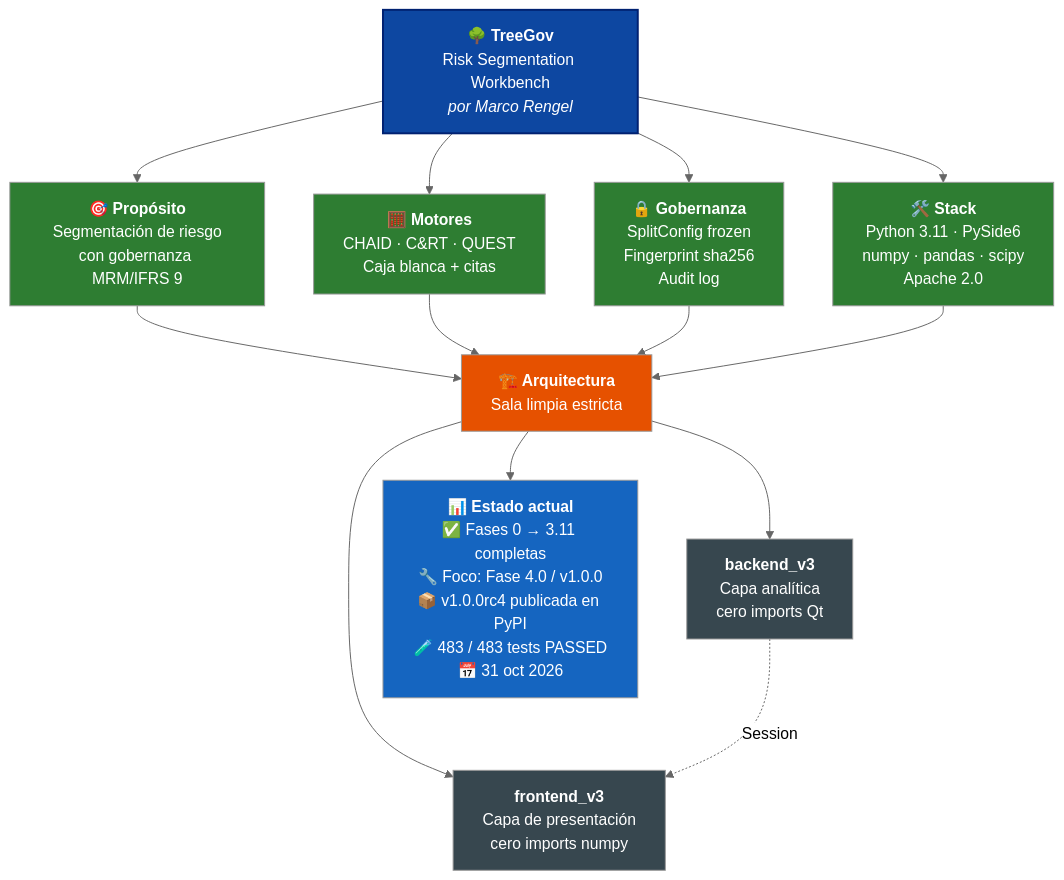
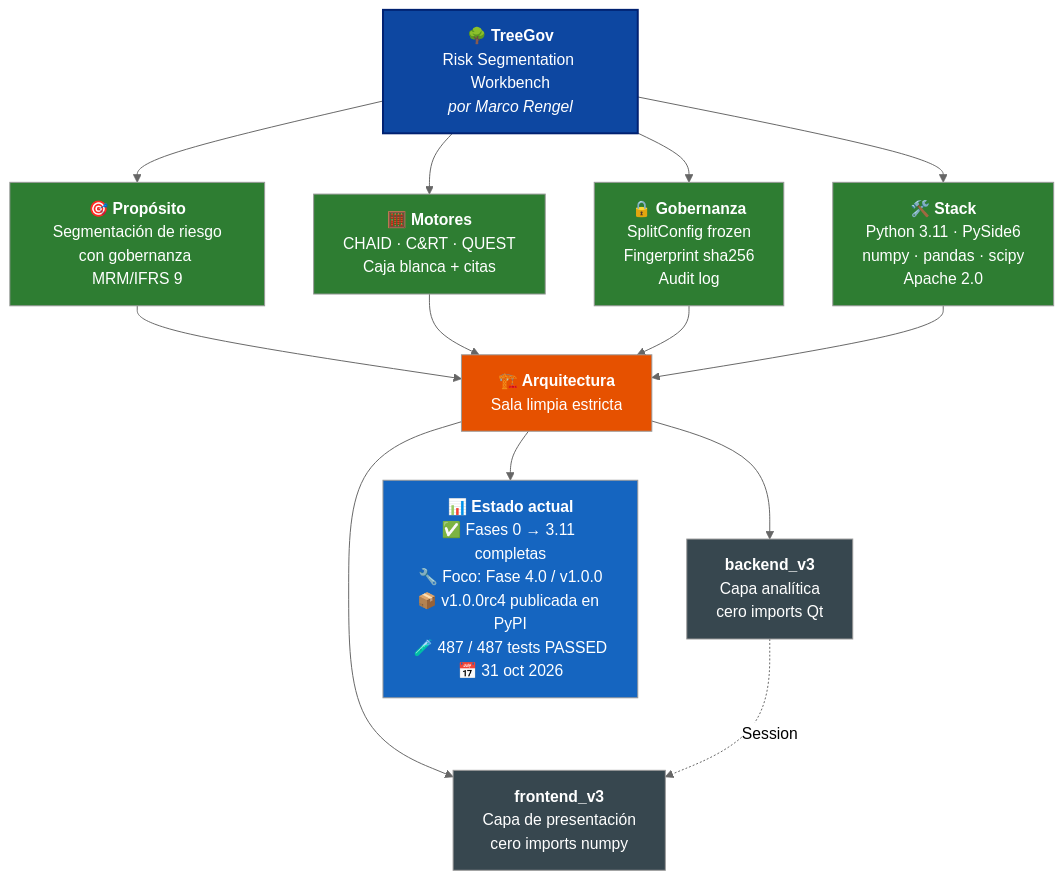
One commit to Marco-Rengel/treegov changed the diagram in README.es.md. Above: the diagram before and after it, drawn with Mermaid (neutral theme). The commit also changed other lines of this file and 2 other files, not shown here.

Commit message:
docs(4.0.a): closure and suite bump to 487/487

````diff
--- a/README.es.md
+++ b/README.es.md
@@ -38,31 +38,31 @@
 ```mermaid
 flowchart TB
     TG["<b>🌳 TreeGov</b><br/>Risk Segmentation Workbench<br/><i>por Marco Rengel</i>"]
 
     TG --> P["<b>🎯 Propósito</b><br/>Segmentación de riesgo<br/>con gobernanza MRM/IFRS 9"]
     TG --> M["<b>🧮 Motores</b><br/>CHAID · C&RT · QUEST<br/>Caja blanca + citas"]
     TG --> G["<b>🔒 Gobernanza</b><br/>SplitConfig frozen<br/>Fingerprint sha256<br/>Audit log"]
     TG --> S["<b>🛠️ Stack</b><br/>Python 3.11 · PySide6<br/>numpy · pandas · scipy<br/>Apache 2.0"]
 
     P --> ARQ["<b>🏗️ Arquitectura</b><br/>Sala limpia estricta"]
     M --> ARQ
     G --> ARQ
     S --> ARQ
 
     ARQ --> BE["<b>backend_v3</b><br/>Capa analítica<br/>cero imports Qt"]
     ARQ --> FE["<b>frontend_v3</b><br/>Capa de presentación<br/>cero imports numpy"]
 
     BE -.->|Session| FE
 
-    ARQ --> ST["<b>📊 Estado actual</b><br/>✅ Fases 0 → 3.11 completas<br/>🔧 Foco: Fase 4.0 / v1.0.0<br/>📦 v1.0.0rc4 publicada en PyPI<br/>🧪 483 / 483 tests PASSED<br/>📅 31 oct 2026"]
+    ARQ --> ST["<b>📊 Estado actual</b><br/>✅ Fases 0 → 3.11 completas<br/>🔧 Foco: Fase 4.0 / v1.0.0<br/>📦 v1.0.0rc4 publicada en PyPI<br/>🧪 487 / 487 tests PASSED<br/>📅 31 oct 2026"]
 
     style TG fill:#0D47A1,color:#fff,stroke:#002171,stroke-width:2px
     style P fill:#2E7D32,color:#fff
     style M fill:#2E7D32,color:#fff
     style G fill:#2E7D32,color:#fff
     style S fill:#2E7D32,color:#fff
     style ARQ fill:#E65100,color:#fff
     style BE fill:#37474F,color:#fff
     style FE fill:#37474F,color:#fff
     style ST fill:#1565C0,color:#fff
 ```
````
